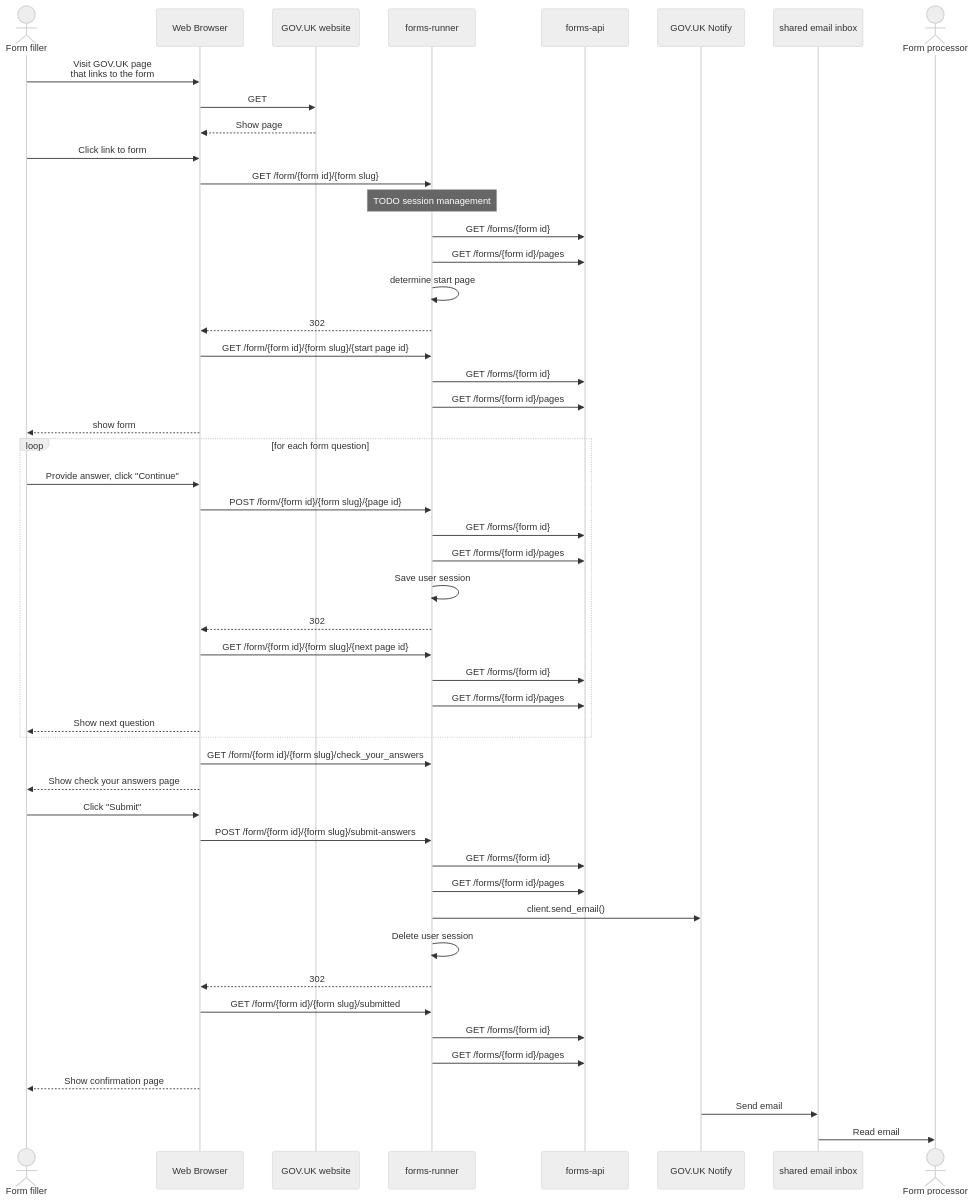
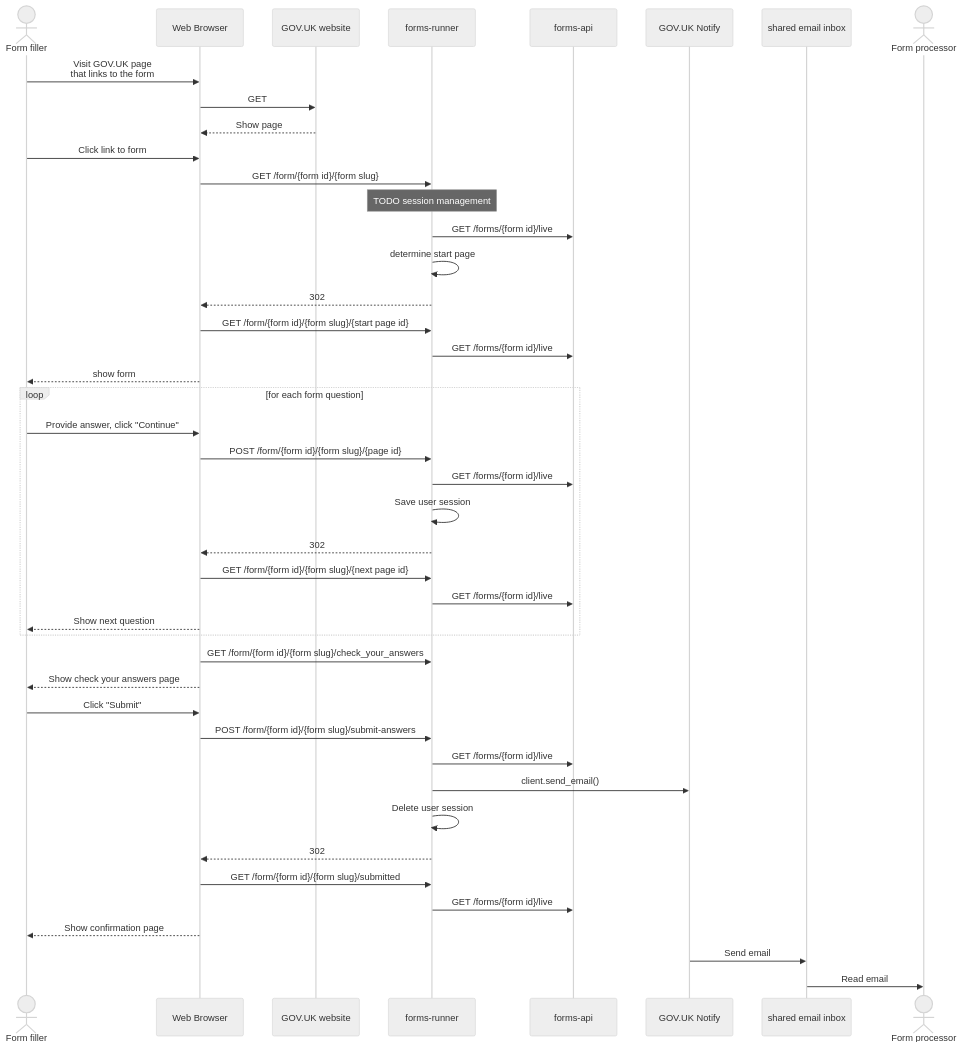
Before and after one commit to alphagov/forms: the diagram in diagrams/sequence-diagrams/filling-in-a-form.md, drawn with Mermaid (neutral theme). The commit also changed 1 other file, not shown here.

Commit message:
Accepted new API endpoint updates

````diff
--- a/diagrams/sequence-diagrams/filling-in-a-form.md
+++ b/diagrams/sequence-diagrams/filling-in-a-form.md
@@ -3,56 +3,50 @@
 ```mermaid 
 sequenceDiagram
   actor user as Form filler
   participant browser as Web Browser
   participant govuk as GOV.UK website
   participant runner as forms-runner
   participant api as forms-api
   participant notify as GOV.UK Notify
   participant inbox as shared email inbox
   actor processor as Form processor
 
   user->>browser: Visit GOV.UK page<br />that links to the form
   browser->>govuk: GET
   govuk-->>browser: Show page
 
   user->>browser: Click link to form
   browser->>runner: GET /form/{form id}/{form slug}
   note over runner: TODO session management
-  runner->>api: GET /forms/{form id}
-  runner->>api: GET /forms/{form id}/pages
+  runner->>api: GET /forms/{form id}/live
   runner->>runner: determine start page  
   runner-->>browser: 302
   browser->>runner: GET /form/{form id}/{form slug}/{start page id}
-  runner->>api: GET /forms/{form id}
-  runner->>api: GET /forms/{form id}/pages
+  runner->>api: GET /forms/{form id}/live
   browser-->>user: show form
 
   loop for each form question
     user->>browser: Provide answer, click "Continue"
     browser->>runner: POST /form/{form id}/{form slug}/{page id}
-    runner->>api: GET /forms/{form id}
-    runner->>api: GET /forms/{form id}/pages
+    runner->>api: GET /forms/{form id}/live
     runner->>runner: Save user session
     runner-->>browser: 302
     browser->>runner: GET /form/{form id}/{form slug}/{next page id}
-    runner->>api: GET /forms/{form id}
-    runner->>api: GET /forms/{form id}/pages
+    runner->>api: GET /forms/{form id}/live
     browser-->>user: Show next question    
   end
 
   browser->>runner: GET /form/{form id}/{form slug}/check_your_answers
   browser-->>user: Show check your answers page
   user->>browser: Click "Submit"
   browser->>runner: POST /form/{form id}/{form slug}/submit-answers
-  runner->>api: GET /forms/{form id}
-  runner->>api: GET /forms/{form id}/pages
+  runner->>api: GET /forms/{form id}/live
   runner->>notify: client.send_email()
   runner->>runner: Delete user session
   runner-->>browser: 302
   browser->>runner: GET /form/{form id}/{form slug}/submitted
-  runner->>api: GET /forms/{form id}
-  runner->>api: GET /forms/{form id}/pages
+  runner->>api: GET /forms/{form id}/live
   browser-->>user: Show confirmation page
   notify->>inbox: Send email
   inbox->>processor: Read email
 ```
````
